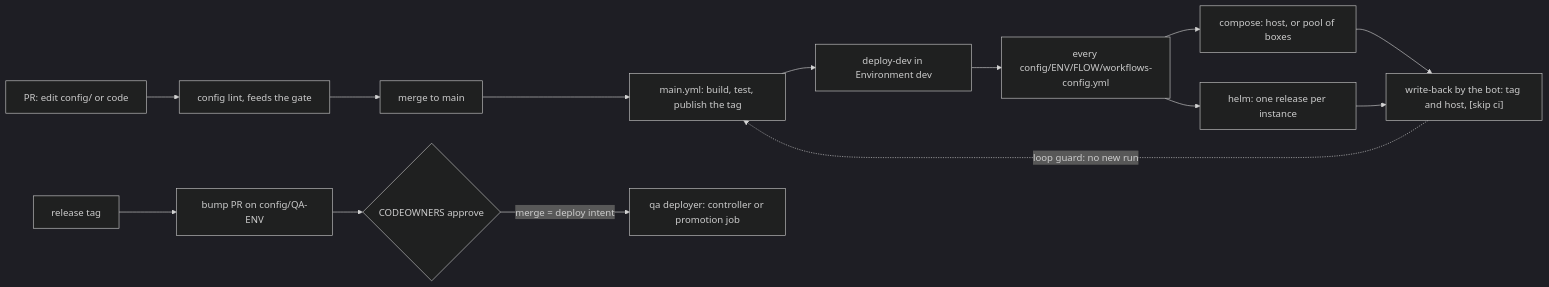
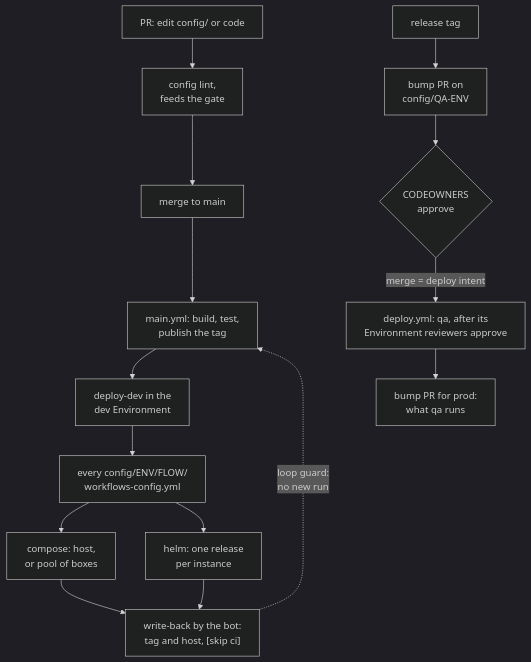
The diagram in .claude/skills/gha-config-deploy/SKILL.md (crazymatthsu/github-demo), drawn with Mermaid (dark theme) before and after one commit. The commit also changed other lines of this file and 35 other files, not shown here.

````diff
--- a/.claude/skills/gha-config-deploy/SKILL.md
+++ b/.claude/skills/gha-config-deploy/SKILL.md
@@ -17,16 +18,18 @@
 ```mermaid
-flowchart LR
-  edit["PR: edit config/ or code"] --> lint["config lint, feeds the gate"]
+%%{init: {"flowchart": {"wrappingWidth": 320}}}%%
+flowchart TD
+  edit["PR: edit config/ or code"] --> lint["config lint,<br/>feeds the gate"]
   lint --> merge["merge to main"]
-  merge --> main["main.yml: build, test, publish the tag"]
-  main --> dd["deploy-dev in Environment dev"]
-  dd --> inv["every config/ENV/FLOW/workflows-config.yml"]
-  inv --> cmp["compose: host, or pool of boxes"]
-  inv --> helm["helm: one release per instance"]
-  cmp --> wb["write-back by the bot: tag and host, [skip ci]"]
+  merge --> main["main.yml: build, test,<br/>publish the tag"]
+  main --> dd["deploy-dev in the<br/>dev Environment"]
+  dd --> inv["every config/ENV/FLOW/<br/>workflows-config.yml"]
+  inv --> cmp["compose: host,<br/>or pool of boxes"]
+  inv --> helm["helm: one release<br/>per instance"]
+  cmp --> wb["write-back by the bot:<br/>tag and host, [skip ci]"]
   helm --> wb
-  wb -. "loop guard: no new run" .-> main
-  rel["release tag"] --> bump["bump PR on config/QA-ENV"]
-  bump --> own{"CODEOWNERS approve"}
-  own -->|"merge = deploy intent"| qa["qa deployer: controller or promotion job"]
+  wb -. "loop guard:<br/>no new run" .-> main
+  rel["release tag"] --> bump["bump PR on<br/>config/QA-ENV"]
+  bump --> own{"CODEOWNERS<br/>approve"}
+  own -->|"merge = deploy intent"| qa["deploy.yml: qa, after its<br/>Environment reviewers approve"]
+  qa --> next["bump PR for prod:<br/>what qa runs"]
 ```
````
